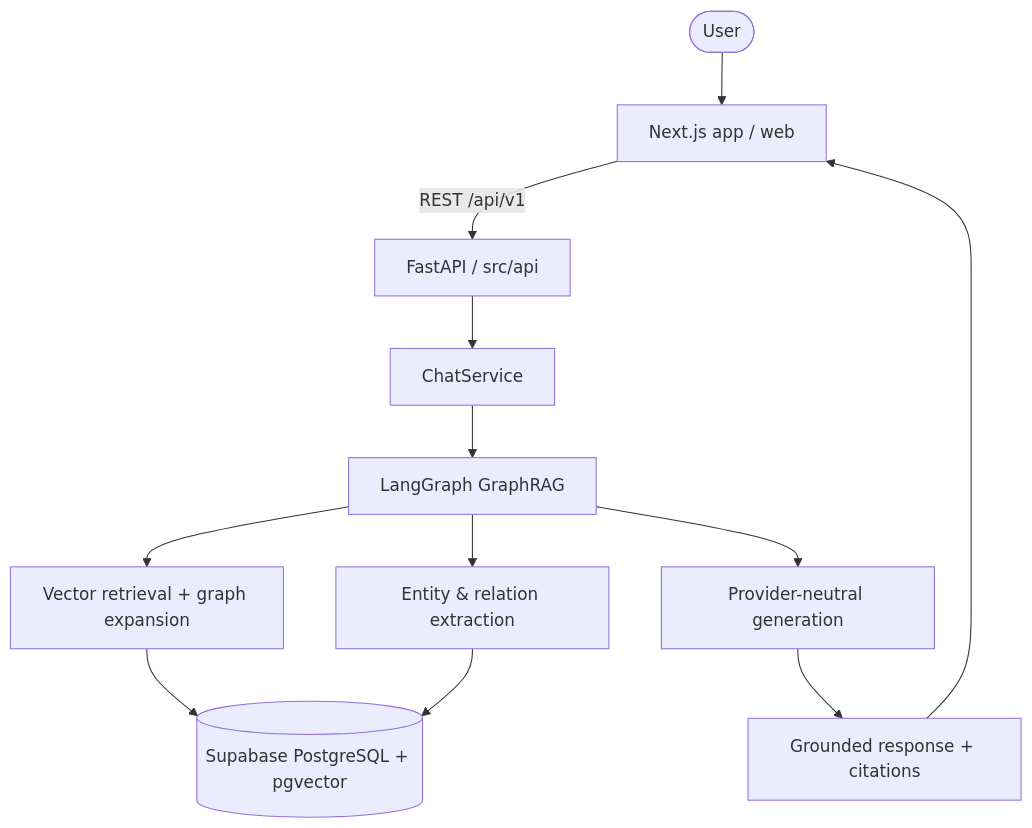
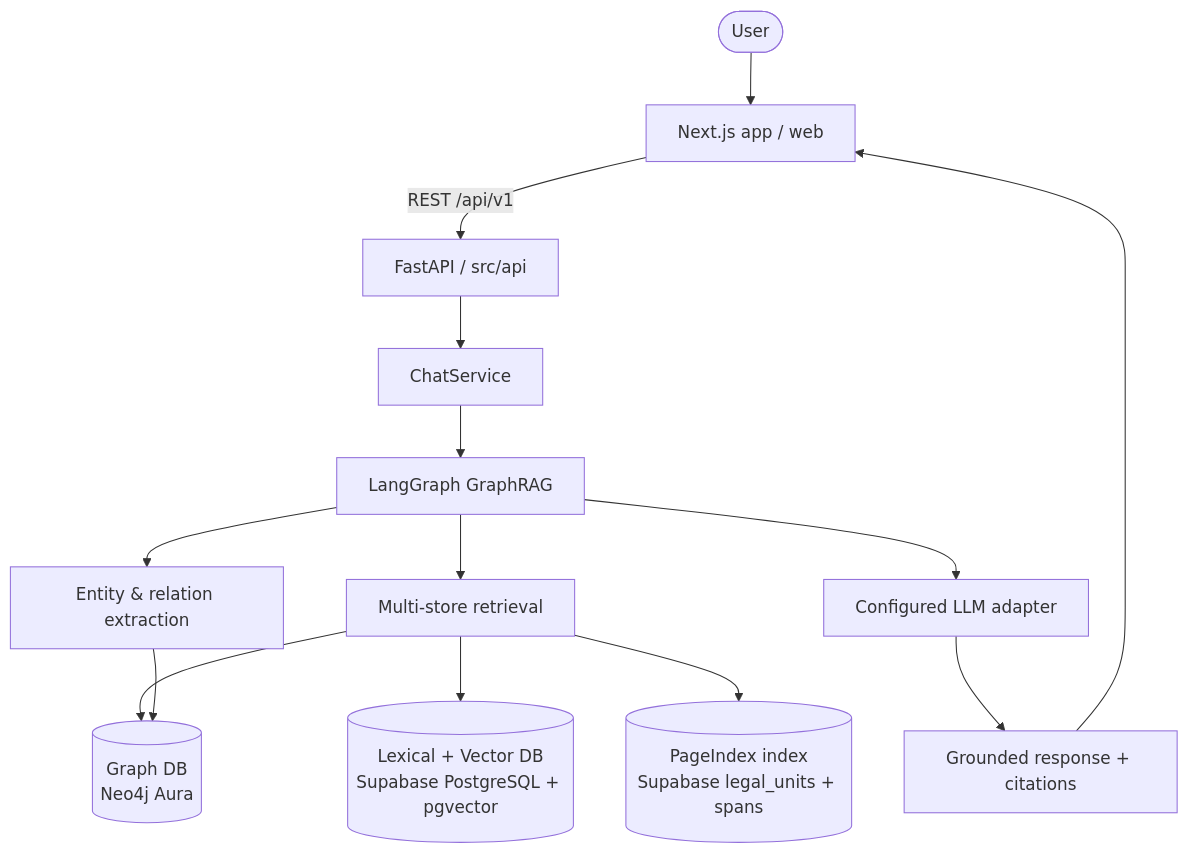
Before and after one commit to HOANGQUANGMINH371195/TEAM_GENIUS: the first of 2 diagrams in ARCHITECTURE.md, drawn with Mermaid. The commit also changed other lines of this file and 57 other files, not shown here.

Commit message:
Migrate data layer to Neo4j and GraphRAG indexes

````diff
--- a/ARCHITECTURE.md
+++ b/ARCHITECTURE.md
@@ -9,14 +14,16 @@
 ```mermaid
 graph TB
     User([User]) --> Web[Next.js app / web]
     Web -->|REST /api/v1| API[FastAPI / src/api]
     API --> Service[ChatService]
     Service --> Graph[LangGraph GraphRAG]
     Graph --> Extract[Entity & relation extraction]
-    Graph --> Retrieve[Vector retrieval + graph expansion]
-    Graph --> Generate[Provider-neutral generation]
-    Retrieve --> DB[(Supabase PostgreSQL + pgvector)]
-    Extract --> DB
+    Graph --> Retrieve[Multi-store retrieval]
+    Graph --> Generate[Configured LLM adapter]
+    Retrieve --> LexicalDB[(Lexical + Vector DB\nSupabase PostgreSQL + pgvector)]
+    Retrieve --> PageDB[(PageIndex index\nSupabase legal_units + spans)]
+    Retrieve --> GraphDB[(Graph DB\nNeo4j Aura)]
+    Extract --> GraphDB
     Generate --> Response[Grounded response + citations]
     Response --> Web
 ```
````
